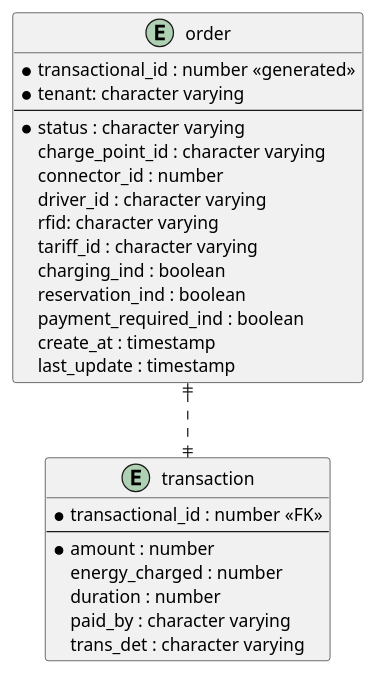
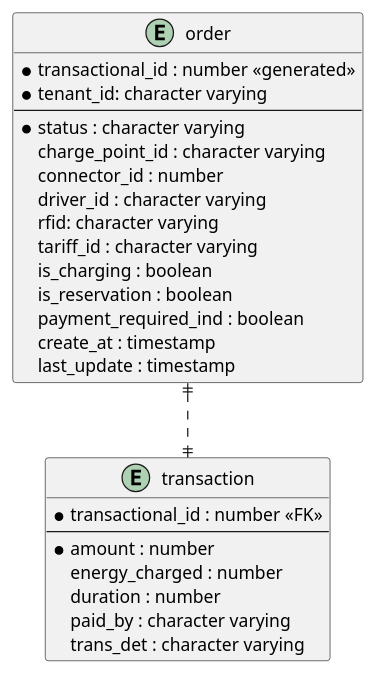
One commit to Chen-Xueer/ms_order_service changed the diagram in resource/ms_ev_driver_management.pu. Above: the diagram before and after it, drawn with PlantUML. The commit also changed 10 other files, not shown here.

```diff
--- a/resource/ms_ev_driver_management.pu
+++ b/resource/ms_ev_driver_management.pu
@@ -1,39 +1,39 @@
 @startuml
 ' hide the spot
 ' hide circle
 
 ' avoid problems with angled crows feet
 skinparam linetype ortho
 
 
 entity "order" as order {
     *transactional_id : number <<generated>>
-    *tenant: character varying
+    *tenant_id: character varying
     --
     *status : character varying
     charge_point_id : character varying
     connector_id : number
     driver_id : character varying
     rfid: character varying
     tariff_id : character varying
-    charging_ind : boolean
-    reservation_ind : boolean
+    is_charging : boolean
+    is_reservation : boolean
     payment_required_ind : boolean
     create_at : timestamp
     last_update : timestamp
 }
 
 entity "transaction" as transaction {
     *transactional_id : number <<FK>>
     --
     *amount : number
     energy_charged : number
     duration : number
     paid_by : character varying
     trans_det : character varying
 }
 
 
 order ||..|| transaction
 
 @enduml
```
